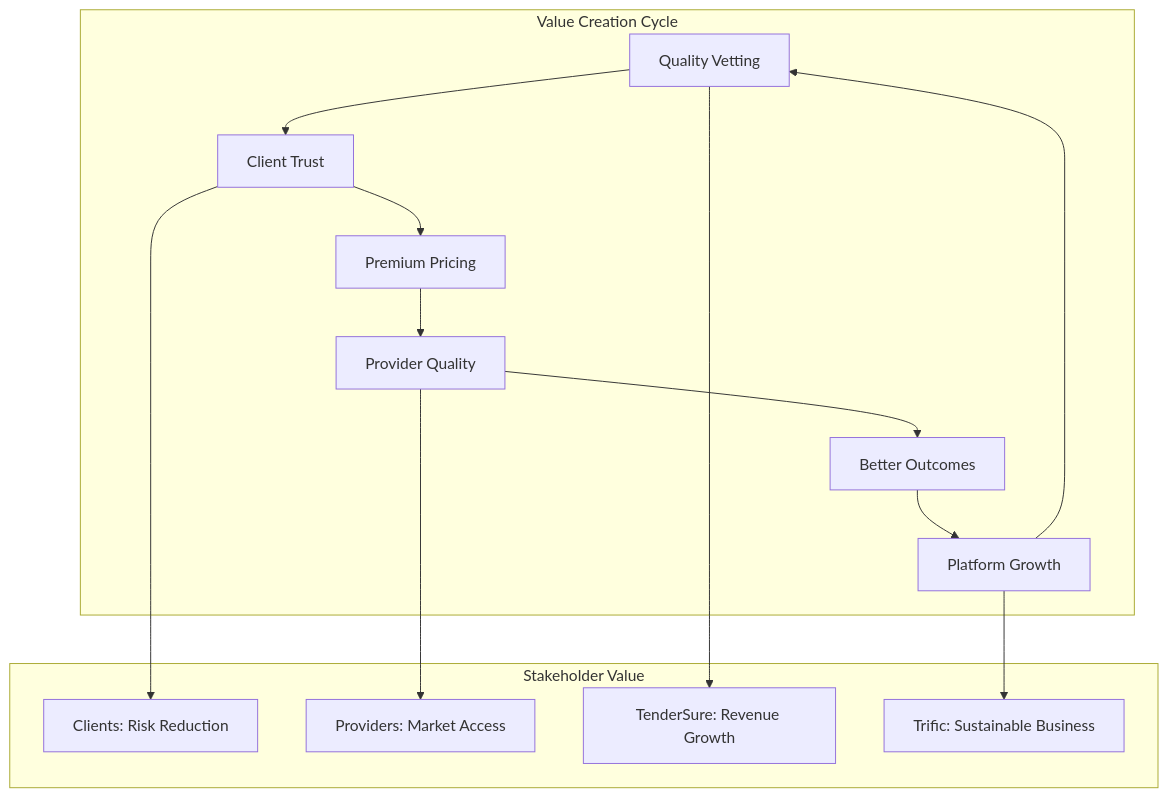
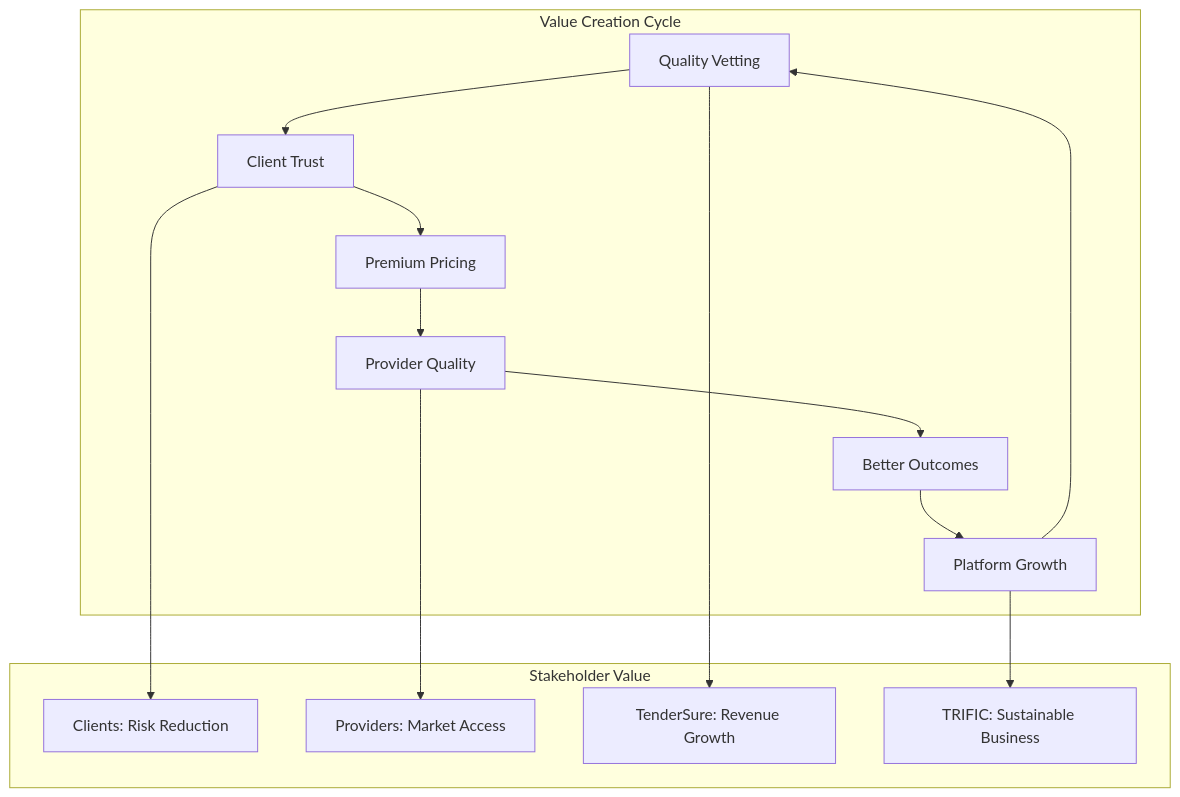
One commit to TenderSure-Africa-SEZ/trific-platform-docs changed the first of 2 diagrams in docs/platform/business-model.md. Above: the diagram before and after it, drawn with Mermaid. The commit also changed other lines of this file and 73 other files, not shown here.

````diff
--- a/docs/platform/business-model.md
+++ b/docs/platform/business-model.md
@@ -9,23 +9,23 @@
 ```mermaid
 graph TB
     subgraph "Value Creation Cycle"
         A[Quality Vetting] --> B[Client Trust]
         B --> C[Premium Pricing]
         C --> D[Provider Quality]
         D --> E[Better Outcomes]
         E --> F[Platform Growth]
         F --> A
     end
 
     subgraph "Stakeholder Value"
         G[Clients: Risk Reduction]
         H[Providers: Market Access]
         I[TenderSure: Revenue Growth]
-        J[Trific: Sustainable Business]
+        J[TRIFIC: Sustainable Business]
     end
 
     B --> G
     D --> H
     A --> I
     F --> J
 ```
````
